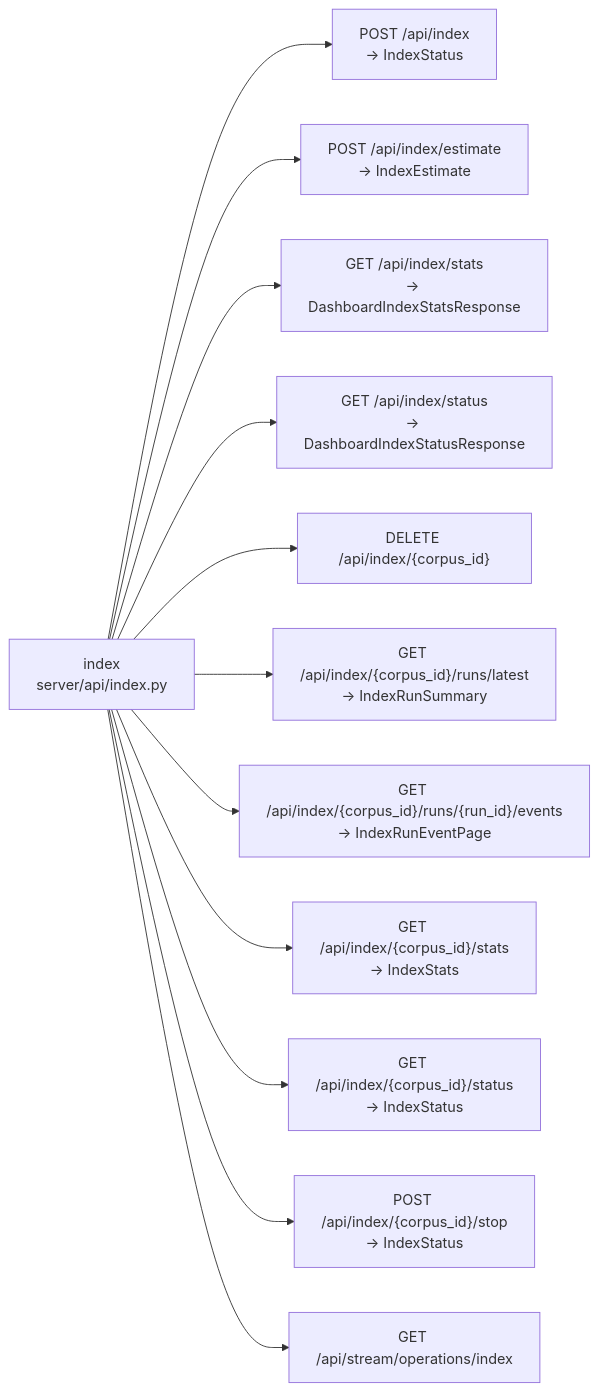
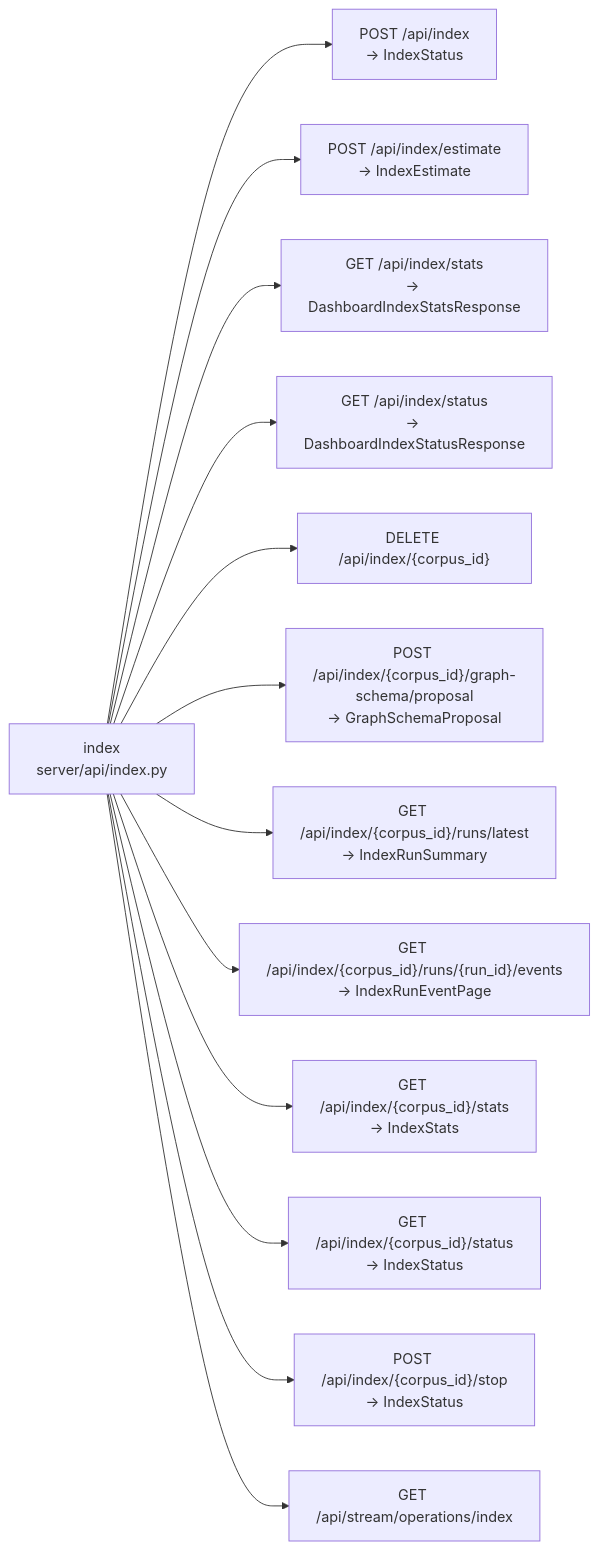
Before and after one commit to DMontgomery40/ragweld: diagram 15 of 25 in mkdocs/docs/reference/architecture/api-surface.md, drawn with Mermaid. The commit also changed other lines of this file and 15 other files, not shown here.

````diff
--- a/mkdocs/docs/reference/architecture/api-surface.md
+++ b/mkdocs/docs/reference/architecture/api-surface.md
@@ -446,26 +446,28 @@
 ```mermaid
 flowchart LR
     n_index["index\nserver/api/index.py"]
     n_index_0["POST /api/index\n-> IndexStatus"]
     n_index --> n_index_0
     n_index_1["POST /api/index/estimate\n-> IndexEstimate"]
     n_index --> n_index_1
     n_index_2["GET /api/index/stats\n-> DashboardIndexStatsResponse"]
     n_index --> n_index_2
     n_index_3["GET /api/index/status\n-> DashboardIndexStatusResponse"]
     n_index --> n_index_3
     n_index_4["DELETE /api/index/{corpus_id}"]
     n_index --> n_index_4
-    n_index_5["GET /api/index/{corpus_id}/runs/latest\n-> IndexRunSummary"]
+    n_index_5["POST /api/index/{corpus_id}/graph-schema/proposal\n-> GraphSchemaProposal"]
     n_index --> n_index_5
-    n_index_6["GET /api/index/{corpus_id}/runs/{run_id}/events\n-> IndexRunEventPage"]
+    n_index_6["GET /api/index/{corpus_id}/runs/latest\n-> IndexRunSummary"]
     n_index --> n_index_6
-    n_index_7["GET /api/index/{corpus_id}/stats\n-> IndexStats"]
+    n_index_7["GET /api/index/{corpus_id}/runs/{run_id}/events\n-> IndexRunEventPage"]
     n_index --> n_index_7
-    n_index_8["GET /api/index/{corpus_id}/status\n-> IndexStatus"]
+    n_index_8["GET /api/index/{corpus_id}/stats\n-> IndexStats"]
     n_index --> n_index_8
-    n_index_9["POST /api/index/{corpus_id}/stop\n-> IndexStatus"]
+    n_index_9["GET /api/index/{corpus_id}/status\n-> IndexStatus"]
     n_index --> n_index_9
-    n_index_10["GET /api/stream/operations/index"]
+    n_index_10["POST /api/index/{corpus_id}/stop\n-> IndexStatus"]
     n_index --> n_index_10
+    n_index_11["GET /api/stream/operations/index"]
+    n_index --> n_index_11
 ```
````
